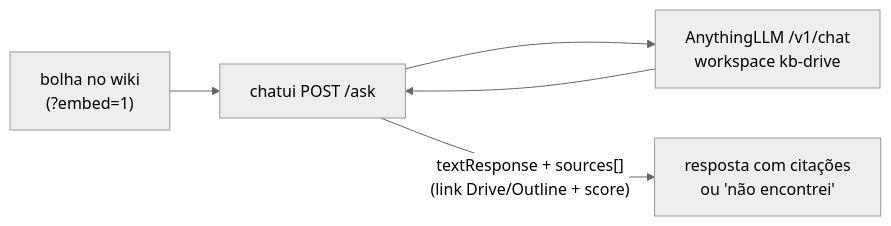
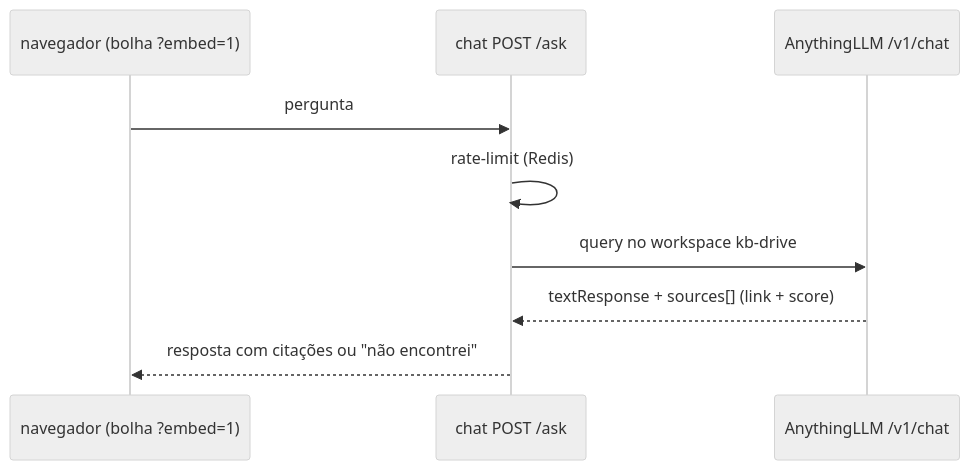
Before and after one commit to eajdias/Outline-GDrive-Wiki: the fourth of 4 diagrams in docs/architecture.md, drawn with Mermaid (neutral theme). The commit also changed other lines of this file and 10 other files, not shown here.

````diff
--- a/docs/architecture.md
+++ b/docs/architecture.md
@@ -71,7 +91,11 @@
 ```mermaid
-flowchart LR
-    Nav["bolha no wiki<br/>(?embed=1)"] --> Chat["chatui POST /ask"]
-    Chat --> RAG2["AnythingLLM /v1/chat<br/>workspace kb-drive"]
-    RAG2 --> Chat
-    Chat -->|"textResponse + sources[]<br/>(link Drive/Outline + score)"| Nav2["resposta com citações<br/>ou 'não encontrei'"]
+sequenceDiagram
+    participant Nav as navegador (bolha ?embed=1)
+    participant Chat as chat POST /ask
+    participant Rag as AnythingLLM /v1/chat
+    Nav->>Chat: pergunta
+    Chat->>Chat: rate-limit (Redis)
+    Chat->>Rag: query no workspace kb-drive
+    Rag-->>Chat: textResponse + sources[] (link + score)
+    Chat-->>Nav: resposta com citações ou "não encontrei"
 ```
````
